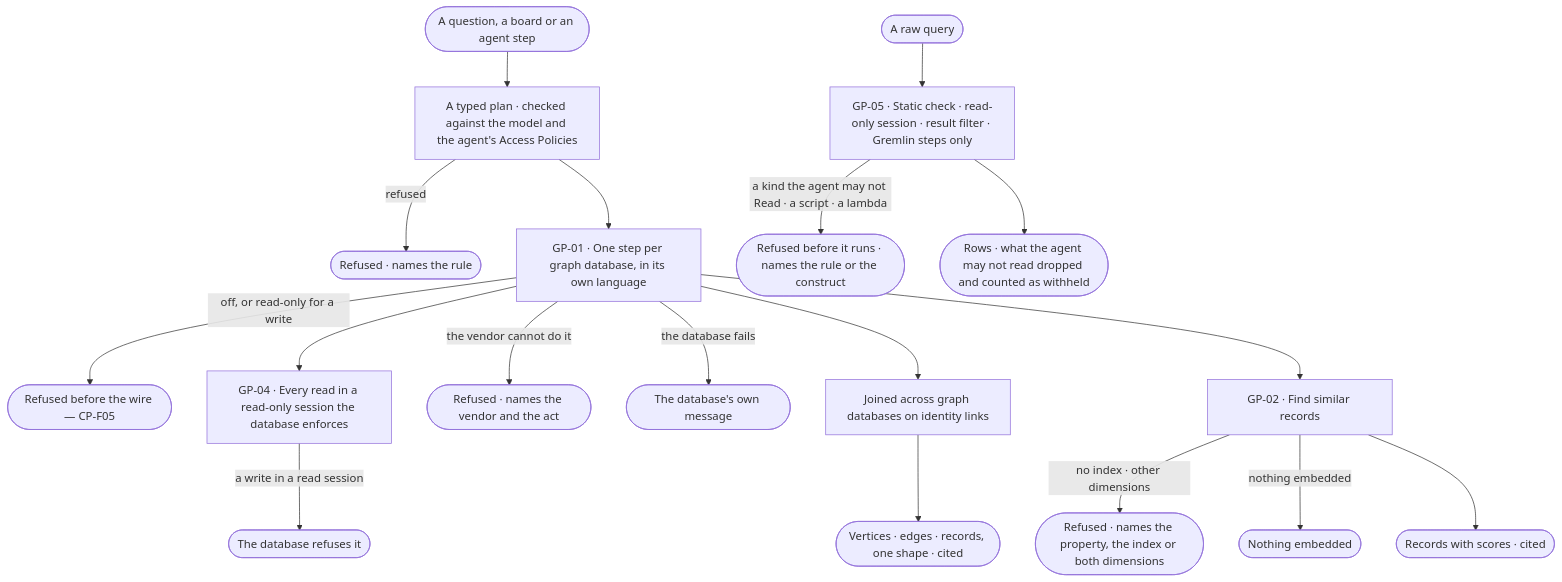
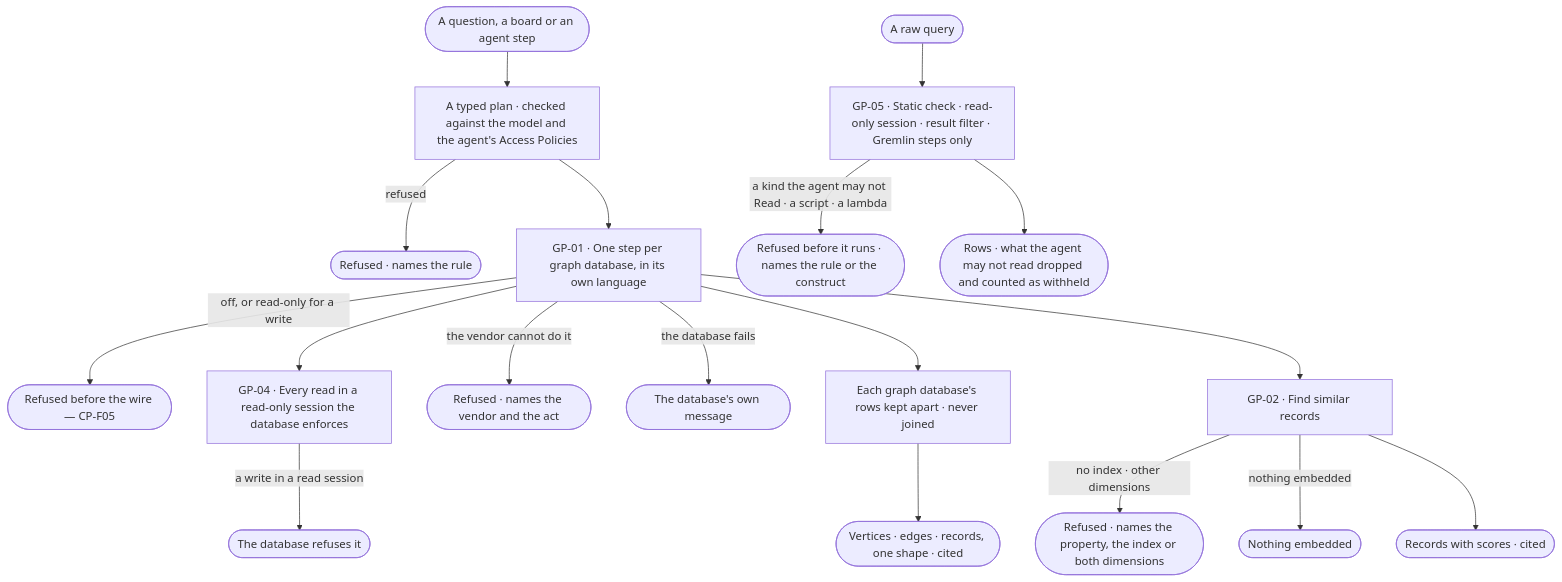
One commit to invana/invana changed the first of 2 diagrams in specs/os/graph/features/GP-F01-data/feature.md. Above: the diagram before and after it, drawn with Mermaid. The commit also changed other lines of this file and 54 other files, not shown here.

First line of the commit message:
docs(specs): many graph databases by access, links within one database, Model views restored

````diff
--- a/specs/os/graph/features/GP-F01-data/feature.md
+++ b/specs/os/graph/features/GP-F01-data/feature.md
@@ -26,20 +26,20 @@
 ```mermaid
 flowchart TD
   q([A question, a board or an agent step]) --> p["A typed plan · checked against the model and the agent's Access Policies"]
   p -->|refused| r0(["Refused · names the rule"])
   p --> rw["GP-01 · One step per graph database, in its own language"]
   rw -->|off, or read-only for a write| cf(["Refused before the wire — CP-F05"])
   rw --> ro["GP-04 · Every read in a read-only session the database enforces"]
   ro -->|a write in a read session| rf(["The database refuses it"])
   rw -->|the vendor cannot do it| r2(["Refused · names the vendor and the act"])
   rw -->|the database fails| r3(["The database's own message"])
-  rw --> j["Joined across graph databases on identity links"]
+  rw --> j["Each graph database's rows kept apart · never joined"]
   j --> o(["Vertices · edges · records, one shape · cited"])
   rq([A raw query]) --> l["GP-05 · Static check · read-only session · result filter · Gremlin steps only"]
   l -->|a kind the agent may not Read · a script · a lambda| lr(["Refused before it runs · names the rule or the construct"])
   l --> lo(["Rows · what the agent may not read dropped and counted as withheld"])
   rw --> vs["GP-02 · Find similar records"]
   vs -->|no index · other dimensions| vr(["Refused · names the property, the index or both dimensions"])
   vs -->|nothing embedded| ne(["Nothing embedded"])
   vs --> vo(["Records with scores · cited"])
 ```
````
